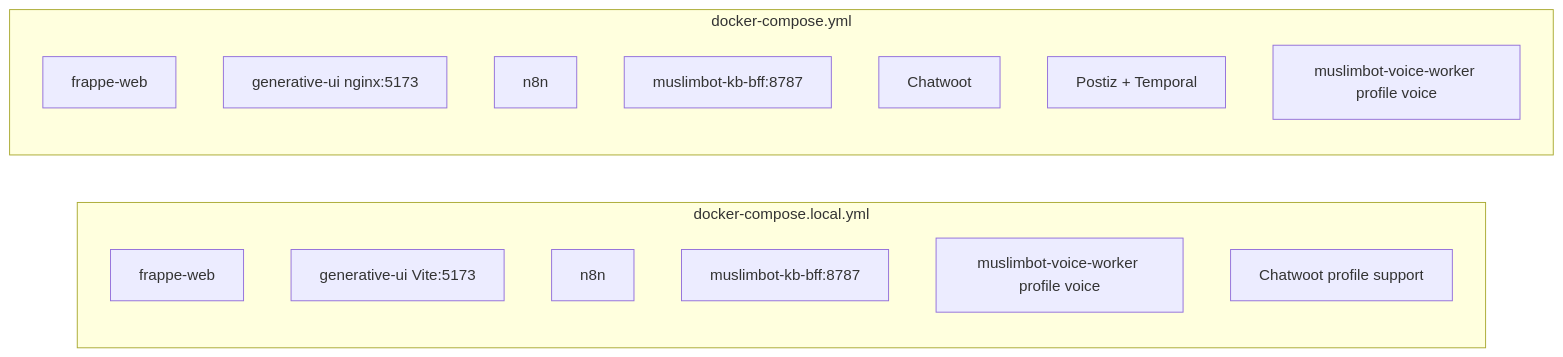
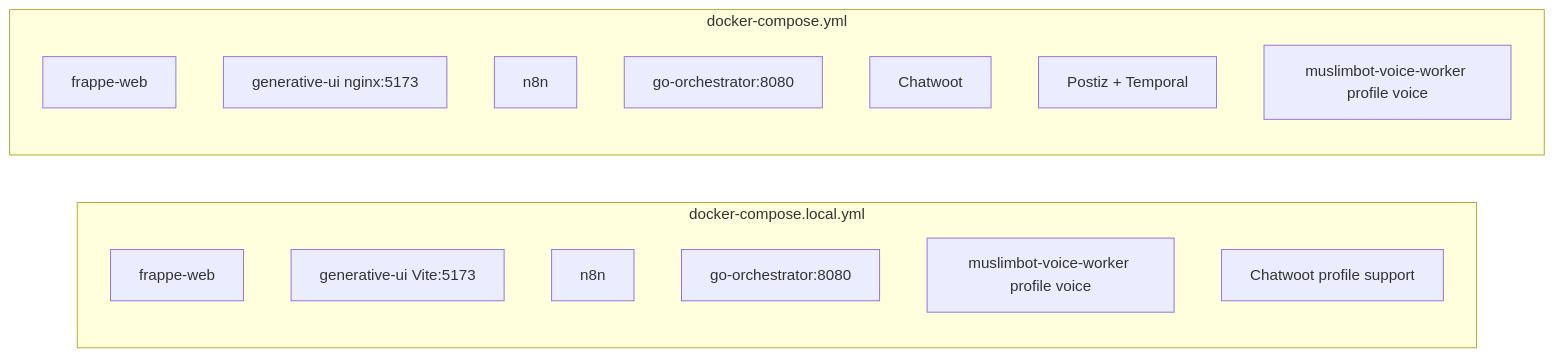
Before and after one commit to qmranik/MuslimBotv2: the diagram in COMPOSE.md, drawn with Mermaid. The commit also changed other lines of this file and 180 other files, not shown here.

````diff
--- a/COMPOSE.md
+++ b/COMPOSE.md
@@ -96,21 +97,21 @@
 ```mermaid
 flowchart LR
   subgraph local [docker-compose.local.yml]
     L_Frappe[frappe-web]
     L_GenUI[generative-ui Vite:5173]
     L_N8N[n8n]
-    L_KB[muslimbot-kb-bff:8787]
+    L_GO[go-orchestrator:8080]
     L_Voice[muslimbot-voice-worker profile voice]
     L_CW[Chatwoot profile support]
   end
 
   subgraph demo [docker-compose.yml]
     D_Frappe[frappe-web]
     D_GenUI[generative-ui nginx:5173]
     D_N8N[n8n]
-    D_KB[muslimbot-kb-bff:8787]
+    D_GO[go-orchestrator:8080]
     D_CW[Chatwoot]
     D_Postiz[Postiz + Temporal]
     D_Voice[muslimbot-voice-worker profile voice]
   end
 ```
````
